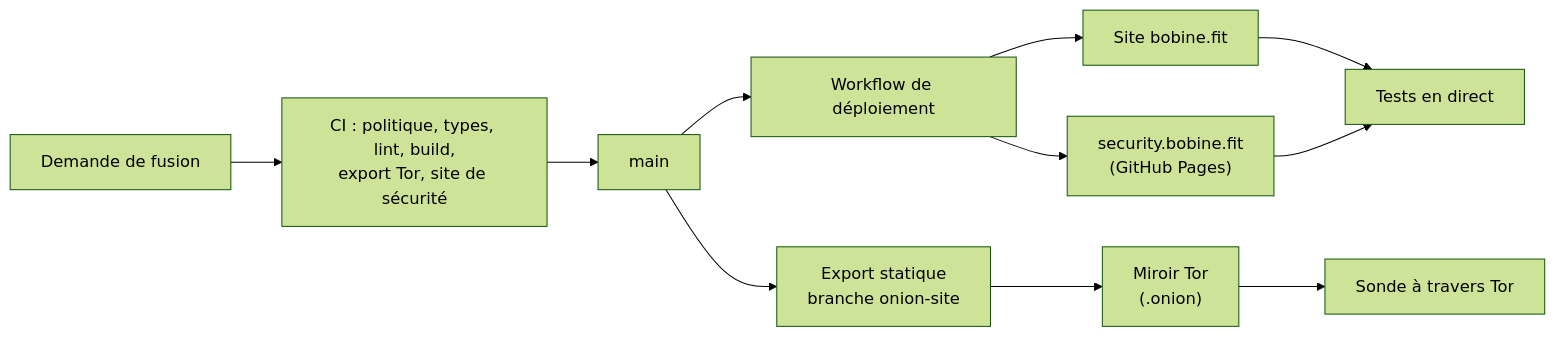
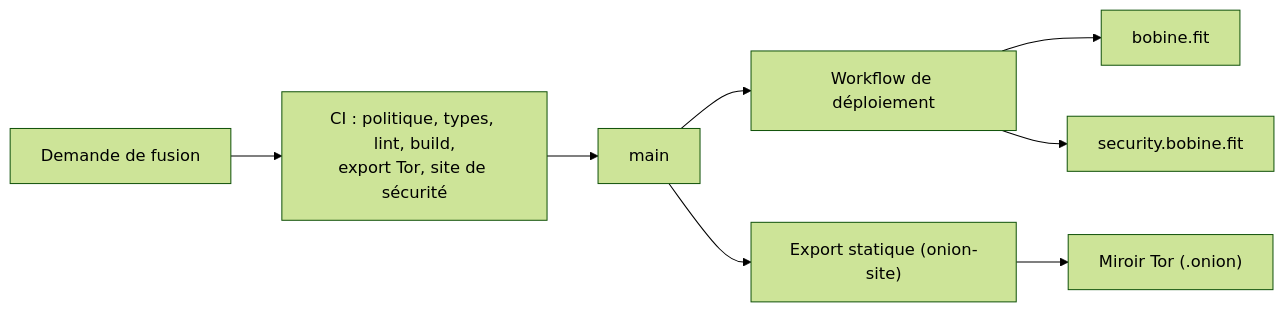
Before and after one commit to FantasmaGlad/BobineWeb: the diagram in README.fr.md, drawn with Mermaid (forest theme). The commit also changed other lines of this file and 74 other files, not shown here.

````diff
--- a/README.fr.md
+++ b/README.fr.md
@@ -229,13 +37,10 @@
 ```mermaid
 flowchart LR
   PR[Demande de fusion] --> CI["CI : politique, types, lint, build,<br/>export Tor, site de sécurité"]
   CI --> Main[main]
   Main --> Deploy[Workflow de déploiement]
-  Deploy --> Web["Site bobine.fit"]
-  Deploy --> Sec["security.bobine.fit<br/>(GitHub Pages)"]
-  Main --> Onion["Export statique<br/>branche onion-site"]
-  Onion --> Tor["Miroir Tor<br/>(.onion)"]
-  Web --> Smoke[Tests en direct]
-  Sec --> Smoke
-  Tor --> Probe[Sonde à travers Tor]
+  Deploy --> Web["bobine.fit"]
+  Deploy --> Sec["security.bobine.fit"]
+  Main --> Onion["Export statique (onion-site)"]
+  Onion --> Tor["Miroir Tor (.onion)"]
 ```
````
